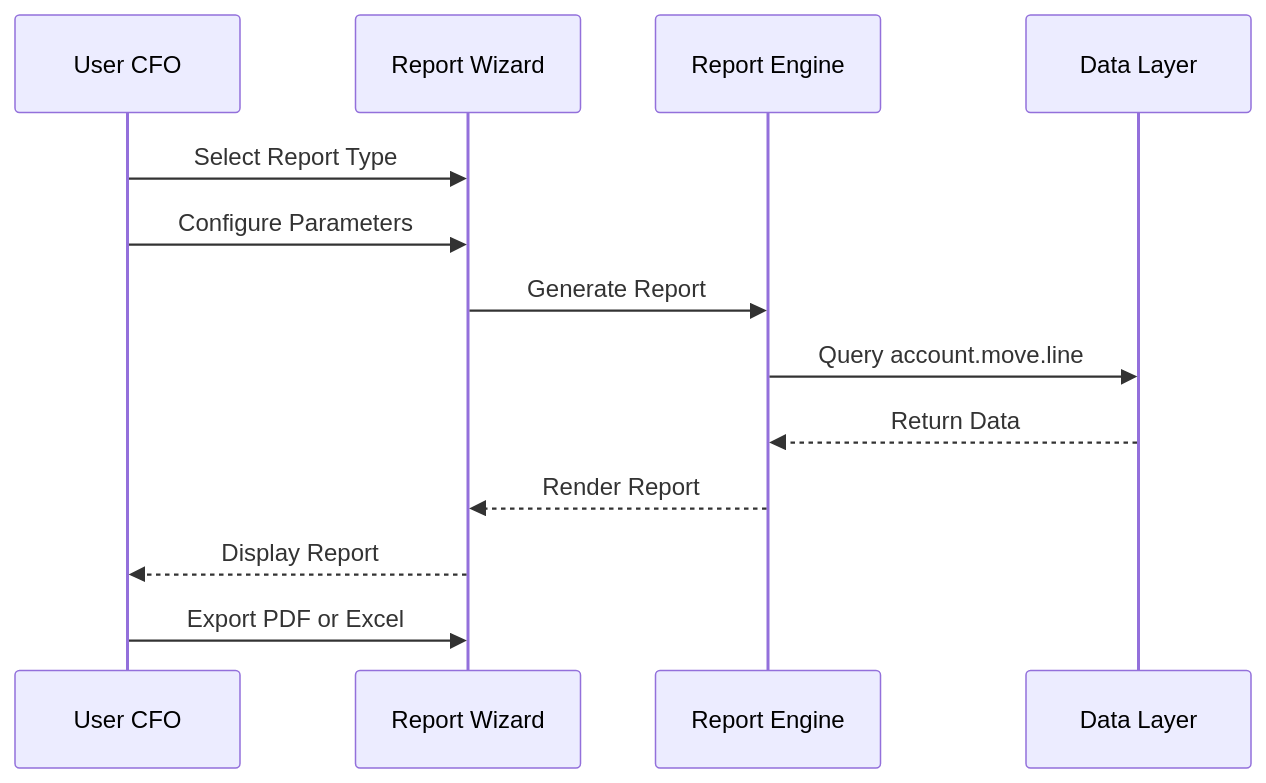
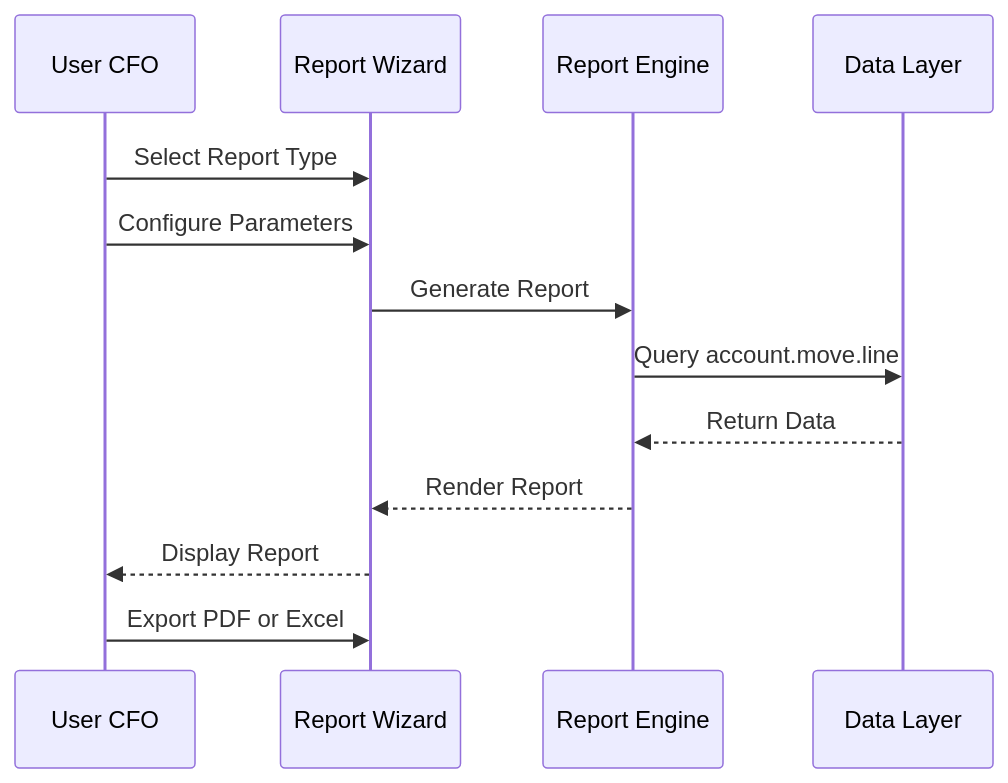
Before and after one commit to blitzy-research/odoo: the third of 5 diagrams in docs/technical-specifications.md, drawn with Mermaid. The commit also changed other lines of this file and 3 other files, not shown here.

````diff
--- a/docs/technical-specifications.md
+++ b/docs/technical-specifications.md
@@ -512,15 +521,16 @@
 ```mermaid
+%%{init: {'sequence': {'wrap': true, 'width': 120, 'actorMargin': 55, 'diagramMarginX': 8}}}%%
 sequenceDiagram
     participant U as User CFO
     participant R as Report Wizard
     participant E as Report Engine
     participant D as Data Layer
     U->>R: Select Report Type
     U->>R: Configure Parameters
     R->>E: Generate Report
     E->>D: Query account.move.line
     D-->>E: Return Data
     E-->>R: Render Report
     R-->>U: Display Report
     U->>R: Export PDF or Excel
 ```
````
